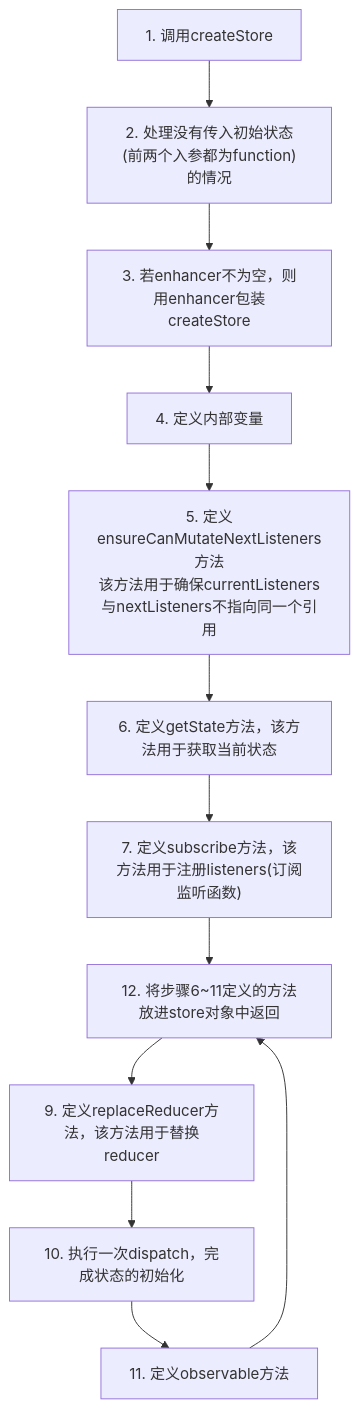
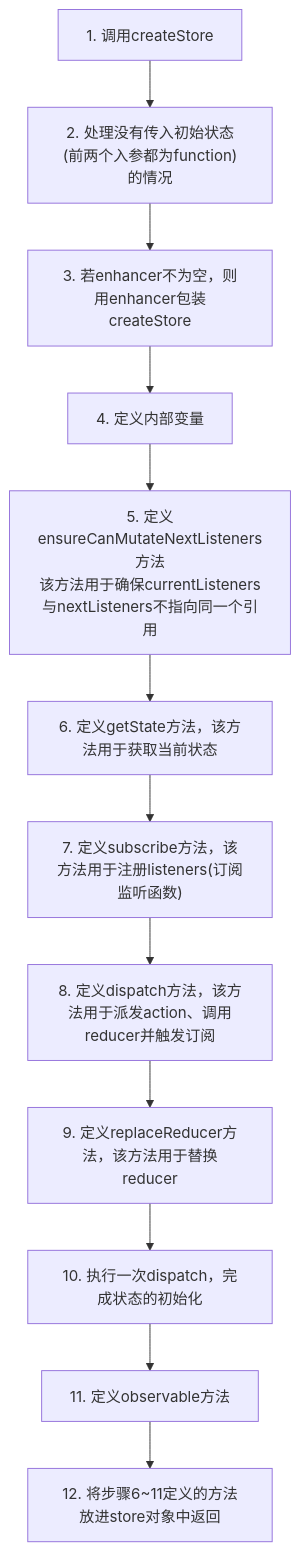
The second of 3 diagrams in $Rename/Hvísla「个人简介」/「知识库」Lib/React/Redux.md (LouisTsang-jk/Learn-Web), drawn with Mermaid before and after one commit. The commit also changed other lines of this file, not shown here.

````diff
--- a/$Rename/Hvísla「个人简介」/「知识库」Lib/React/Redux.md
+++ b/$Rename/Hvísla「个人简介」/「知识库」Lib/React/Redux.md
@@ -30,14 +31,14 @@
 ```mermaid
 graph TD
     A["1. 调用createStore"] --> B["2. 处理没有传入初始状态(前两个入参都为function)的情况"]
     B --> C["3. 若enhancer不为空，则用enhancer包装createStore"]
     C --> D["4. 定义内部变量"]
     D --> E["5. 定义ensureCanMutateNextListeners方法<br />该方法用于确保currentListeners与nextListeners不指向同一个引用"]
     E --> F["6. 定义getState方法，该方法用于获取当前状态"]
     F --> G["7. 定义subscribe方法，该方法用于注册listeners(订阅监听函数)"]
     G --> H["8. 定义dispatch方法，该方法用于派发action、调用reducer并触发订阅"]
     H --> I["9. 定义replaceReducer方法，该方法用于替换reducer"]
     I --> J["10. 执行一次dispatch，完成状态的初始化"]
     J --> K["11. 定义observable方法"]
-    K --> H["12. 将步骤6~11定义的方法放进store对象中返回"]
+    K --> L["12. 将步骤6~11定义的方法放进store对象中返回"]
 ```
````
